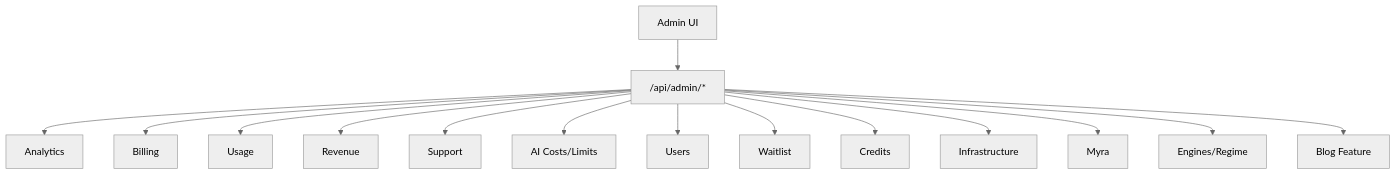
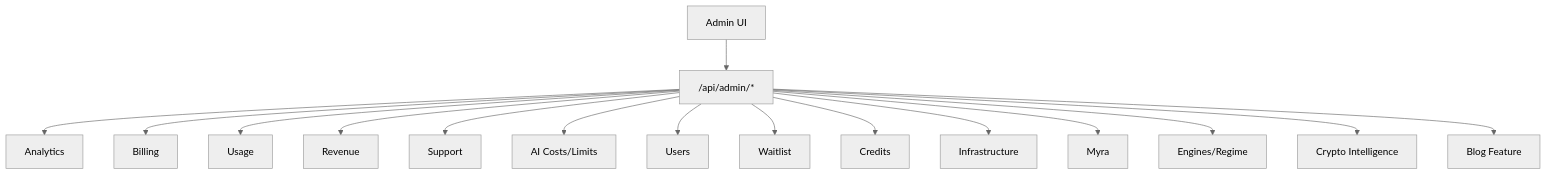
One commit to ecryptoguru/lyraalpha changed the ninth of 10 diagrams in .qoder/repowiki/en/content/Core Features/Core Features.md. Above: the diagram before and after it, drawn with Mermaid (neutral theme). The commit also changed other lines of this file and 95 other files, not shown here.

````diff
--- a/.qoder/repowiki/en/content/Core Features/Core Features.md
+++ b/.qoder/repowiki/en/content/Core Features/Core Features.md
@@ -562,17 +601,18 @@
 ```mermaid
 graph TB
 AdminUI["Admin UI"] --> AdminAPI["/api/admin/*"]
 AdminAPI --> Analytics["Analytics"]
 AdminAPI --> Billing["Billing"]
 AdminAPI --> Usage["Usage"]
 AdminAPI --> Revenue["Revenue"]
 AdminAPI --> Support["Support"]
 AdminAPI --> AI["AI Costs/Limits"]
 AdminAPI --> Users["Users"]
 AdminAPI --> Waitlist["Waitlist"]
 AdminAPI --> Credits["Credits"]
 AdminAPI --> Infrastructure["Infrastructure"]
 AdminAPI --> Myra["Myra"]
 AdminAPI --> Engines["Engines/Regime"]
+AdminAPI --> CryptoIntel["Crypto Intelligence"]
 AdminAPI --> Blog["Blog Feature"]
 ```
````
